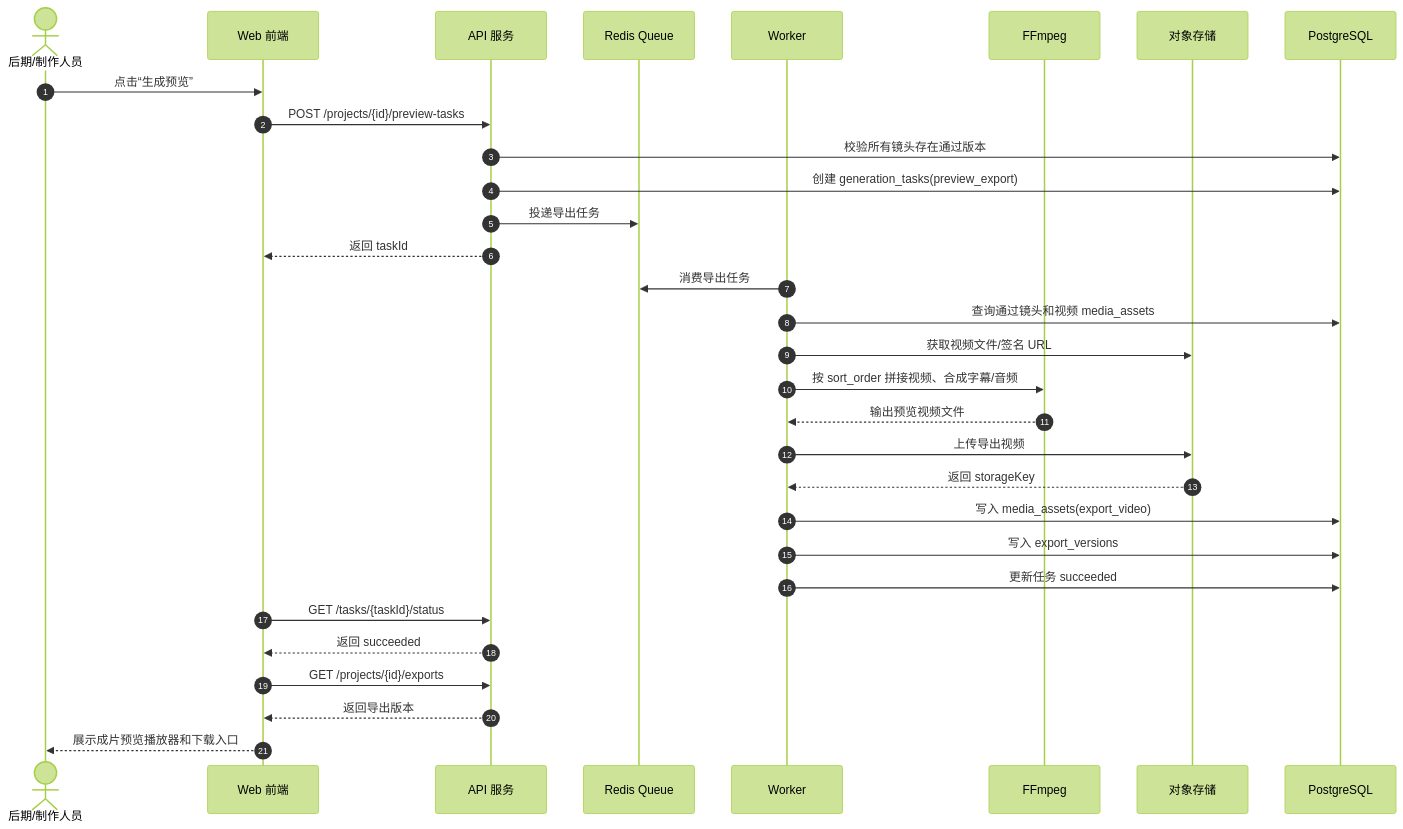
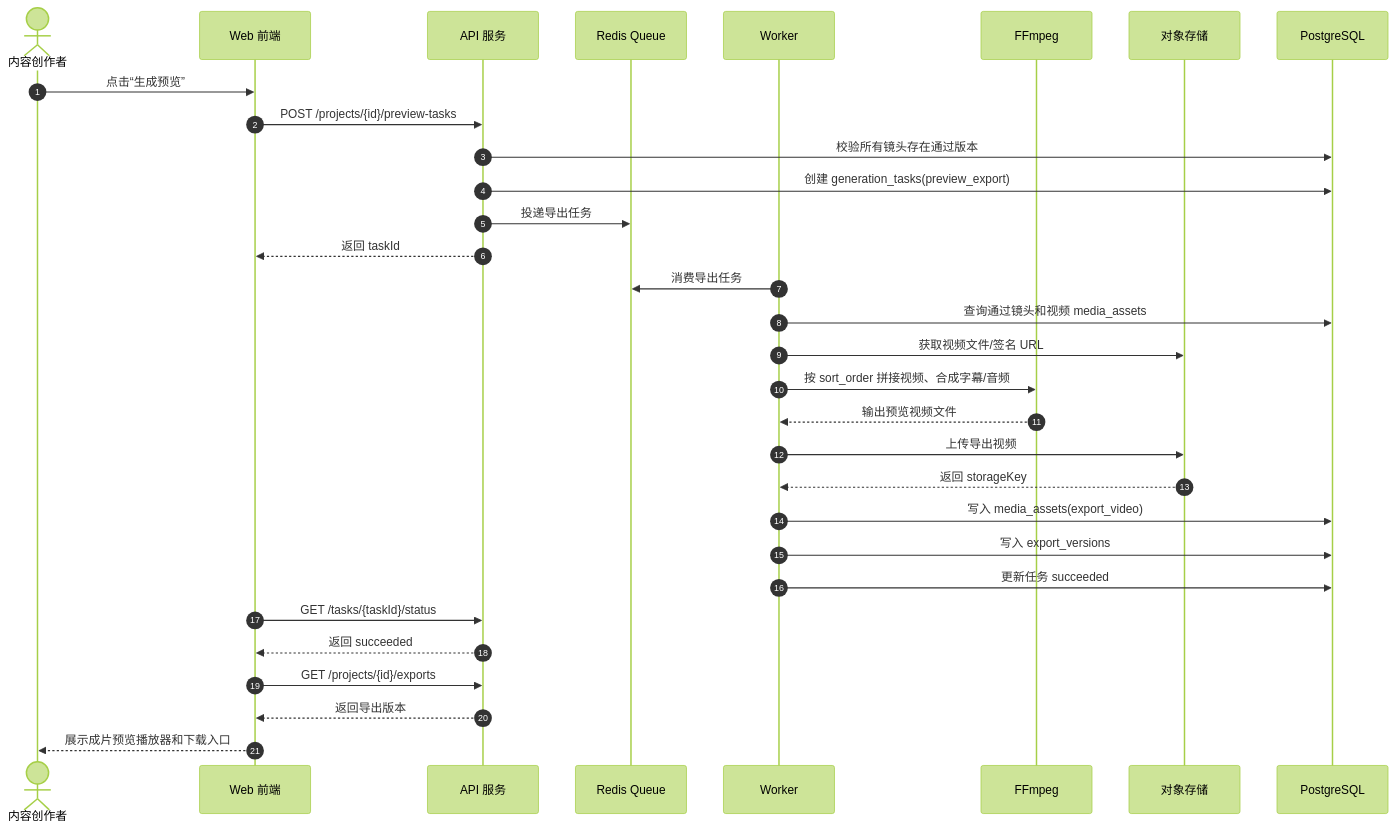
One commit to pleasureswx123/cine-forge changed diagram 21 of 21 in docs/10-C4模型流程图架构图时序图.md. Above: the diagram before and after it, drawn with Mermaid (forest theme). The commit also changed other lines of this file and 20 other files, not shown here.

````diff
--- a/docs/10-C4模型流程图架构图时序图.md
+++ b/docs/10-C4模型流程图架构图时序图.md
@@ -849,36 +847,36 @@
 ```mermaid
 sequenceDiagram
     autonumber
-    actor User as 后期/制作人员
+    actor User as 内容创作者
     participant Web as Web 前端
     participant API as API 服务
     participant Queue as Redis Queue
     participant Worker as Worker
     participant FFmpeg as FFmpeg
     participant Storage as 对象存储
     participant DB as PostgreSQL
 
     User->>Web: 点击“生成预览”
     Web->>API: POST /projects/{id}/preview-tasks
     API->>DB: 校验所有镜头存在通过版本
     API->>DB: 创建 generation_tasks(preview_export)
     API->>Queue: 投递导出任务
     API-->>Web: 返回 taskId
 
     Worker->>Queue: 消费导出任务
     Worker->>DB: 查询通过镜头和视频 media_assets
     Worker->>Storage: 获取视频文件/签名 URL
     Worker->>FFmpeg: 按 sort_order 拼接视频、合成字幕/音频
     FFmpeg-->>Worker: 输出预览视频文件
     Worker->>Storage: 上传导出视频
     Storage-->>Worker: 返回 storageKey
     Worker->>DB: 写入 media_assets(export_video)
     Worker->>DB: 写入 export_versions
     Worker->>DB: 更新任务 succeeded
 
     Web->>API: GET /tasks/{taskId}/status
     API-->>Web: 返回 succeeded
     Web->>API: GET /projects/{id}/exports
     API-->>Web: 返回导出版本
     Web-->>User: 展示成片预览播放器和下载入口
 ```
````
